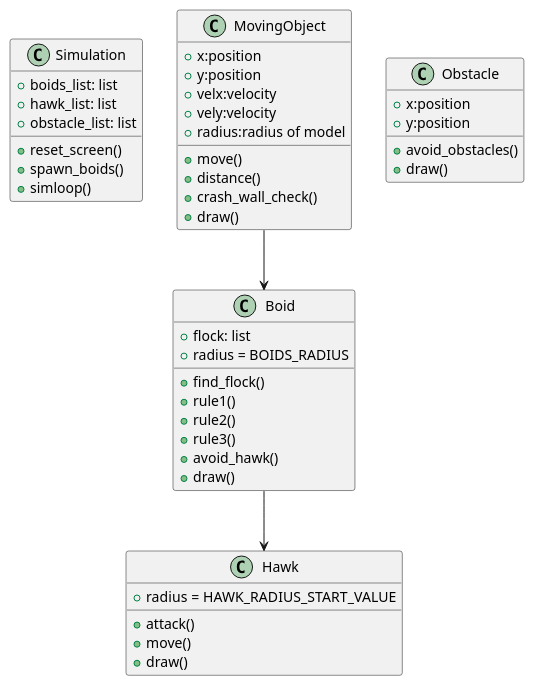
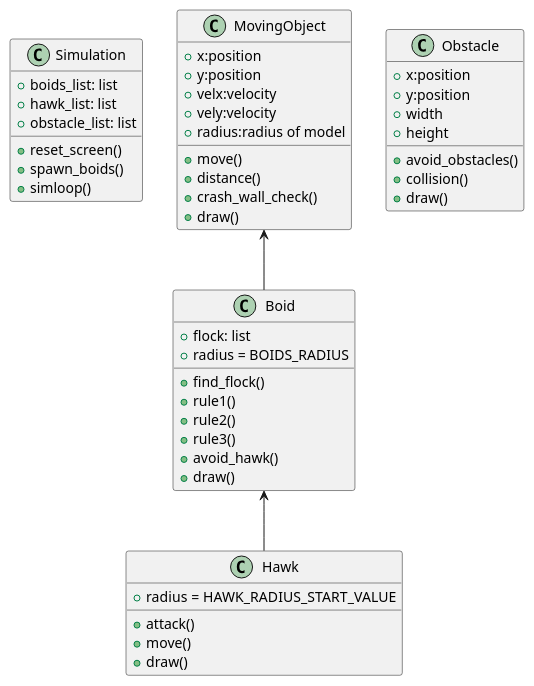
The diagram in Objektorientert INF-1400/oblig2/Revamped/Rapport/classes.wsd (MartinRovang/UniversityPhysics), drawn with PlantUML before and after one commit. The commit also changed 83 other files, not shown here.

```diff
--- a/Objektorientert INF-1400/oblig2/Revamped/Rapport/classes.wsd
+++ b/Objektorientert INF-1400/oblig2/Revamped/Rapport/classes.wsd
@@ -3,68 +3,66 @@
 @startuml
 
 class Simulation{
     +boids_list: list
     +hawk_list: list
     +obstacle_list: list
 
     +reset_screen()
     +spawn_boids()
     +simloop()
 }
 
 class MovingObject{
     +x:position
     +y:position
     +velx:velocity
     +vely:velocity
     +radius:radius of model
 
     +move()
     +distance()
     +crash_wall_check()
     +draw()
 }
 
 
 class Boid{
     +flock: list
     +radius = BOIDS_RADIUS
 
     +find_flock()
     +rule1()
     +rule2()
     +rule3()
     +avoid_hawk()
     +draw()
 '
 }
 
 class Hawk{
     +radius = HAWK_RADIUS_START_VALUE
 
     +attack()
     +move()
     +draw()
 }
 
 class Obstacle{
     +x:position
     +y:position
-
+    +width
+    +height
     +avoid_obstacles()
+    +collision()
     +draw()
 }
 
 
 
-MovingObject --> Boid
-Boid --> Hawk
-
-
-
-
+MovingObject <-- Boid
+Boid <-- Hawk
 
 
 
 
 @enduml
```
